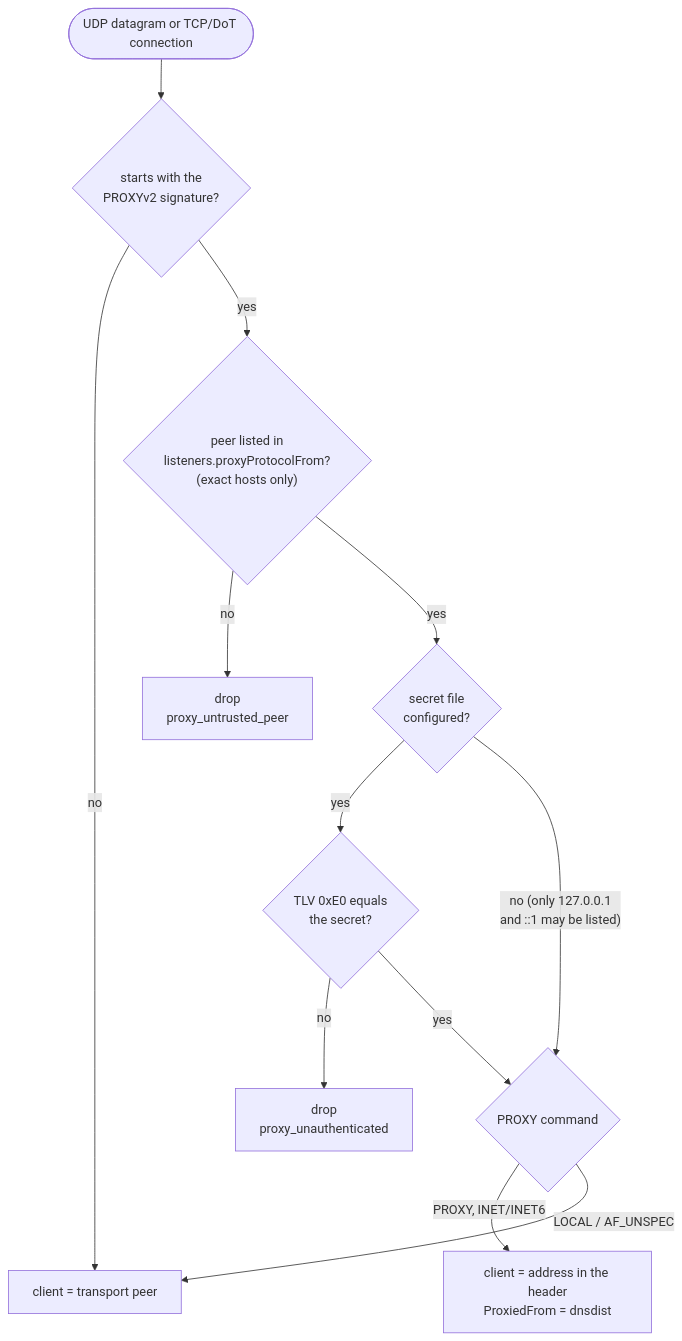
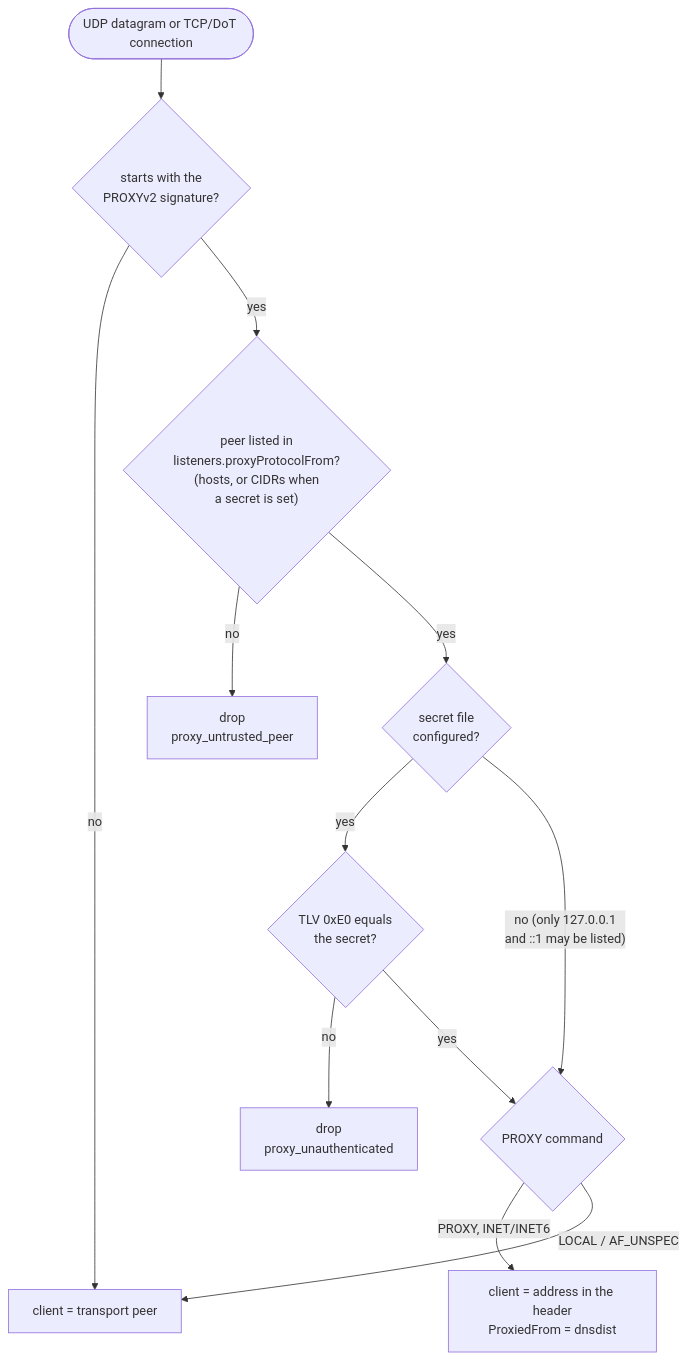
One commit to robertherbaugh/kudurru changed the first of 5 diagrams in docs/architecture/query-path.md. Above: the diagram before and after it, drawn with Mermaid. The commit also changed 4 other files, not shown here.

First line of the commit message:
docs(architecture): follow #14 and #16

````diff
--- a/docs/architecture/query-path.md
+++ b/docs/architecture/query-path.md
@@ -35,14 +35,14 @@
 ```mermaid
 flowchart TD
     P(["UDP datagram or TCP/DoT connection"]) --> SIG{"starts with the<br/>PROXYv2 signature?"}
     SIG -- "no" --> PEER["client = transport peer"]
-    SIG -- "yes" --> LIST{"peer listed in<br/>listeners.proxyProtocolFrom?<br/>(exact hosts only)"}
+    SIG -- "yes" --> LIST{"peer listed in<br/>listeners.proxyProtocolFrom?<br/>(hosts, or CIDRs when<br/>a secret is set)"}
     LIST -- "no" --> DROP1["drop<br/>proxy_untrusted_peer"]
     LIST -- "yes" --> SEC{"secret file<br/>configured?"}
     SEC -- "yes" --> TLV{"TLV 0xE0 equals<br/>the secret?"}
     TLV -- "no" --> DROP2["drop<br/>proxy_unauthenticated"]
     TLV -- "yes" --> CMD
     SEC -- "no (only 127.0.0.1<br/>and ::1 may be listed)" --> CMD{"PROXY command"}
     CMD -- "PROXY, INET/INET6" --> HDR["client = address in the header<br/>ProxiedFrom = dnsdist"]
     CMD -- "LOCAL / AF_UNSPEC" --> PEER
 ```
````
